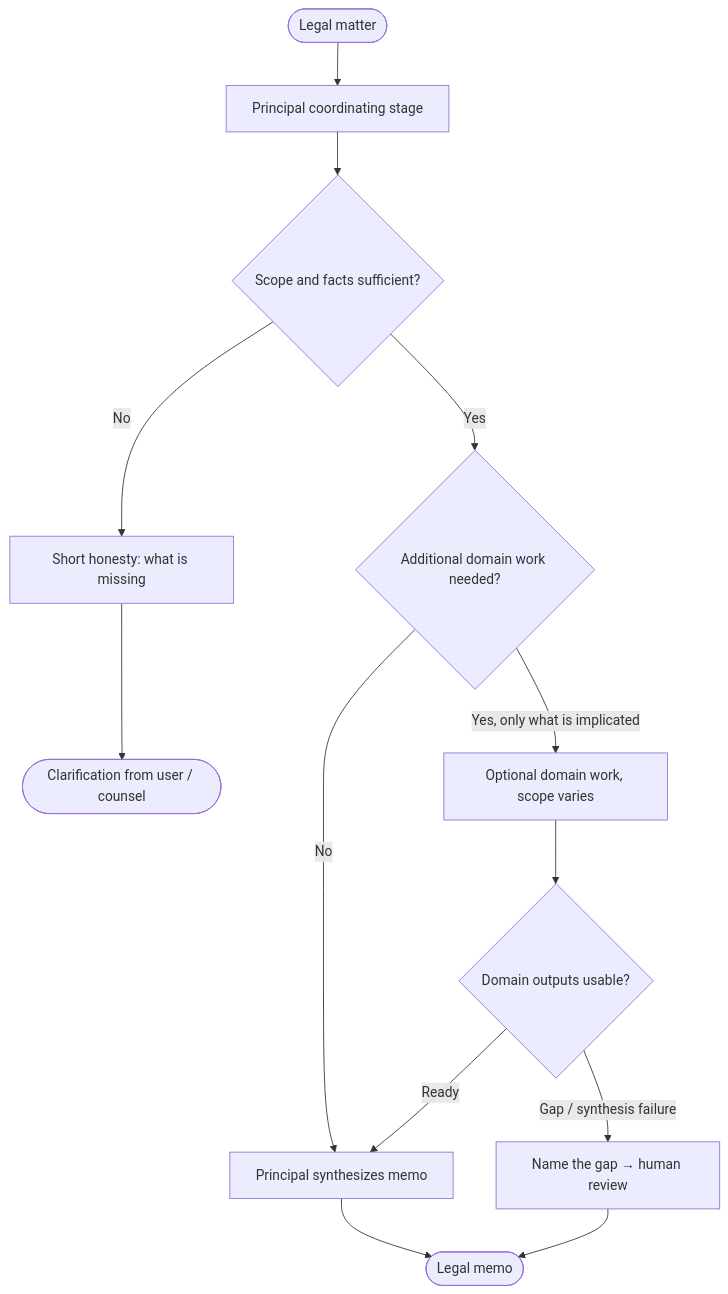
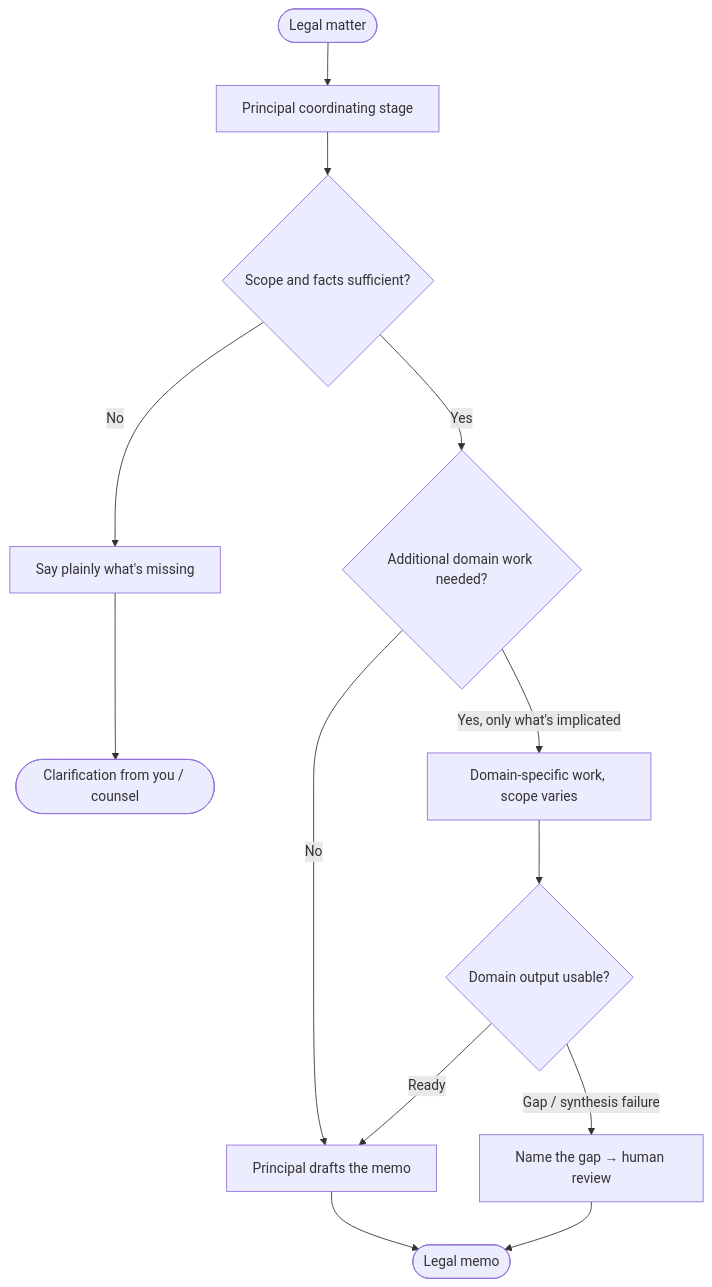
The diagram in Beunec Docs/rivine agentic engines/rivine_cicero.md (Beunec/beunec-site-staging), drawn with Mermaid before and after one commit. The commit also changed other lines of this file and 31 other files, not shown here.

````diff
--- a/Beunec Docs/rivine agentic engines/rivine_cicero.md
+++ b/Beunec Docs/rivine agentic engines/rivine_cicero.md
@@ -5,15 +11,15 @@
 ```mermaid
 flowchart TD
     M([Legal matter]) --> P[Principal coordinating stage]
     P --> Q{Scope and facts sufficient?}
-    Q -->|No| Ask[Short honesty: what is missing]
-    Ask --> U([Clarification from user / counsel])
+    Q -->|No| Ask[Say plainly what's missing]
+    Ask --> U([Clarification from you / counsel])
     Q -->|Yes| D{Additional domain work needed?}
-    D -->|No| Memo[Principal synthesizes memo]
-    D -->|Yes, only what is implicated| Dom[Optional domain work, scope varies]
-    Dom --> Syn{Domain outputs usable?}
+    D -->|No| Memo[Principal drafts the memo]
+    D -->|Yes, only what's implicated| Dom[Domain-specific work, scope varies]
+    Dom --> Syn{Domain output usable?}
     Syn -->|Gap / synthesis failure| HITL[Name the gap → human review]
     Syn -->|Ready| Memo
     Memo --> Out([Legal memo])
     HITL --> Out
 ```
````
